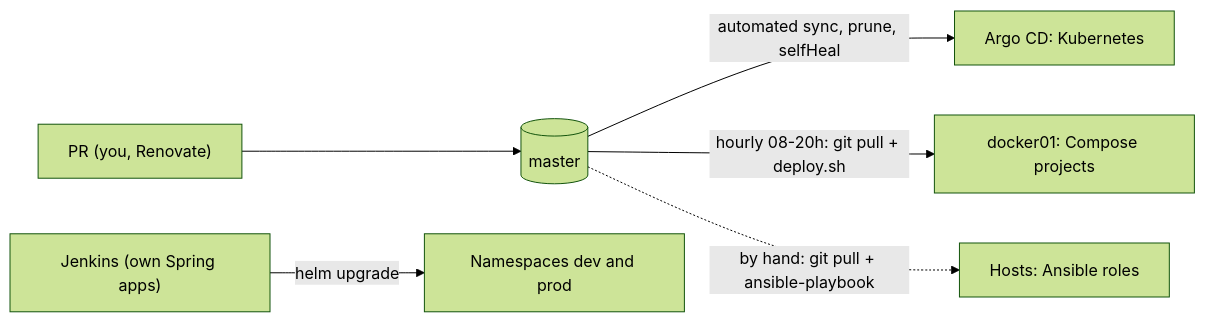
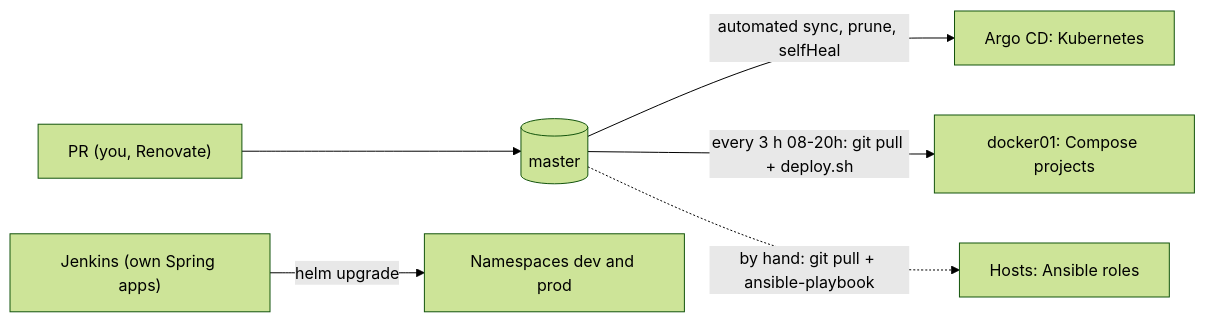
Before and after one commit to ToXiCCuss/gitops: the second of 4 diagrams in README.md, drawn with Mermaid (forest theme). The commit also changed other lines of this file and 9 other files, not shown here.

First line of the commit message:
feat: run docker deploy and postgresql apply every 3 hours, ignore failed pull

````diff
--- a/README.md
+++ b/README.md
@@ -65,8 +65,8 @@
 ```mermaid
 flowchart LR
   pr["PR (you, Renovate)"] --> master[("master")]
   master -->|"automated sync, prune, selfHeal"| argo["Argo CD: Kubernetes"]
-  master -->|"hourly 08-20h: git pull + deploy.sh"| dock["docker01: Compose projects"]
+  master -->|"every 3 h 08-20h: git pull + deploy.sh"| dock["docker01: Compose projects"]
   master -.->|"by hand: git pull + ansible-playbook"| hosts["Hosts: Ansible roles"]
   jenkins["Jenkins (own Spring apps)"] -->|"helm upgrade"| spring["Namespaces dev and prod"]
 ```
````
